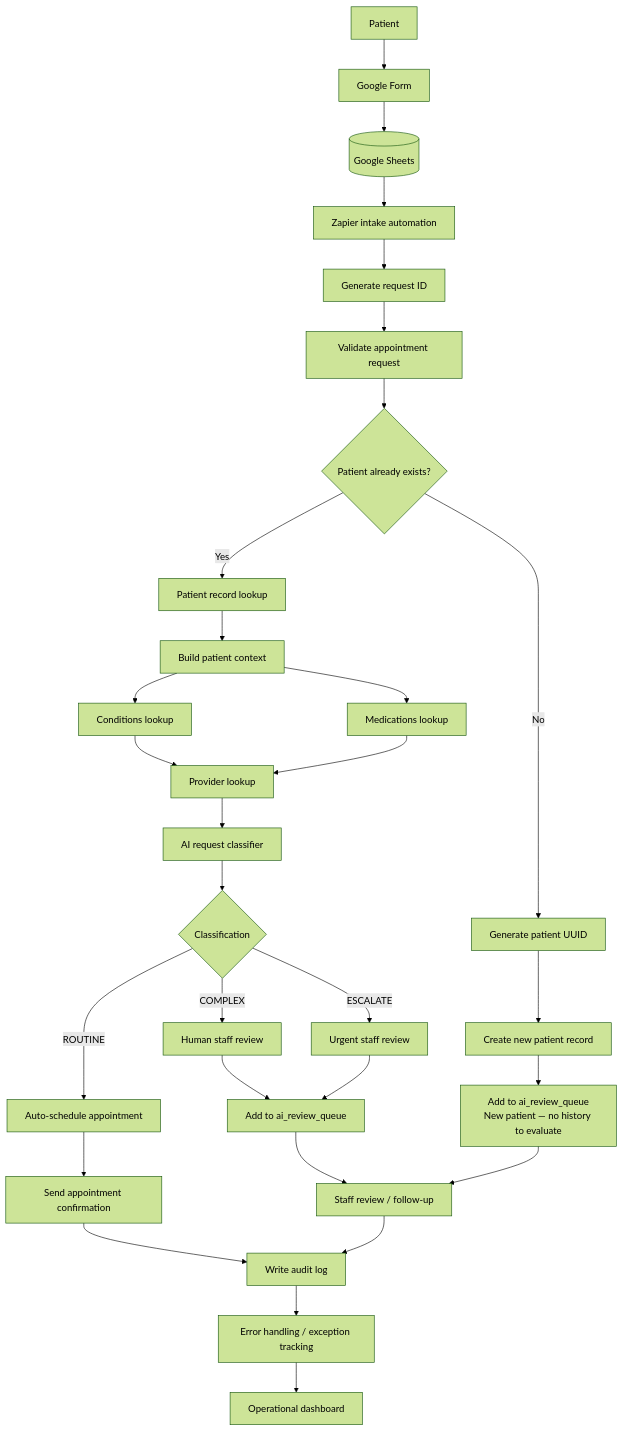
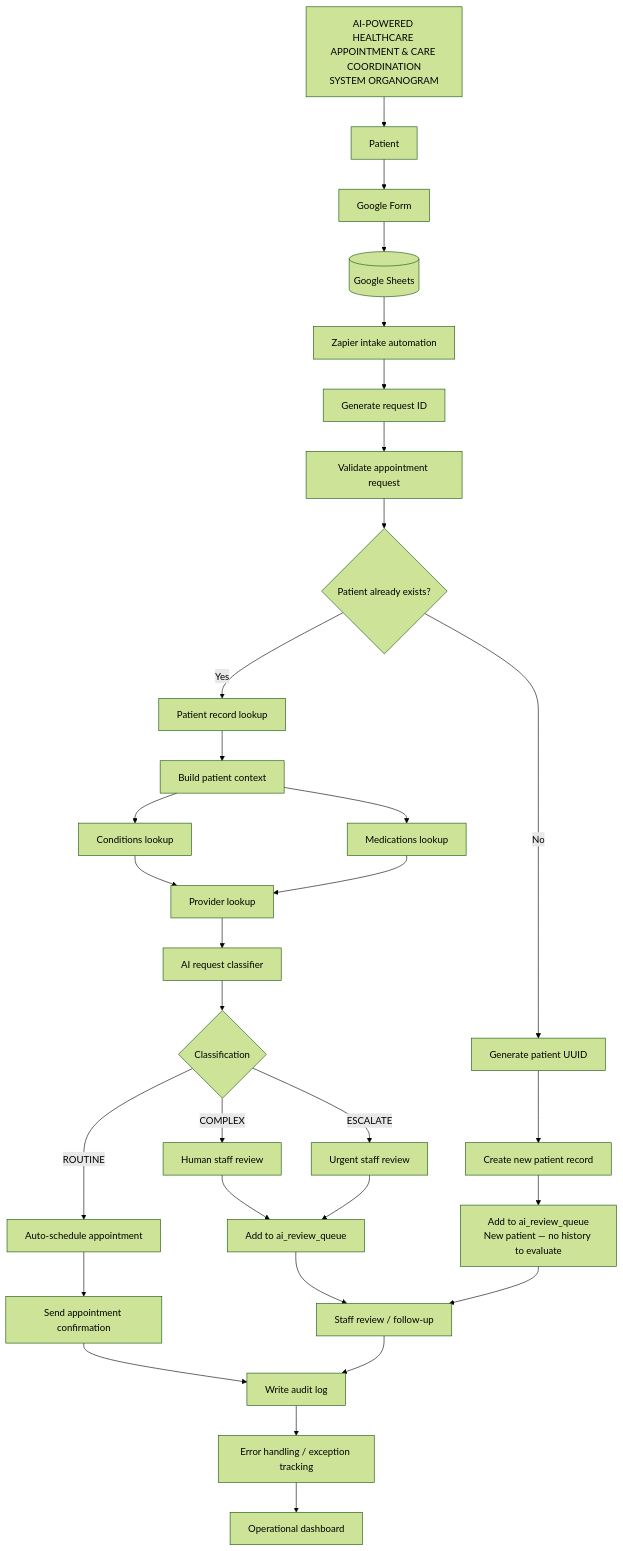
The diagram in diagrams/system-organogram.md (okoloonochiem-techwiz/Health-care-coordination-and-appointment-system-Ai-automation-), drawn with Mermaid (forest theme) before and after one commit. The commit also changed other lines of this file, not shown here.

Commit message:
Add system organogram title inside workflow diagram

````diff
--- a/diagrams/system-organogram.md
+++ b/diagrams/system-organogram.md
@@ -5,46 +5,49 @@
 ```mermaid
 flowchart TB
+    TITLE["AI-POWERED HEALTHCARE APPOINTMENT & CARE COORDINATION<br/>SYSTEM ORGANOGRAM"]
+
     PATIENT[Patient]
     FORM[Google Form]
     SHEETS[(Google Sheets)]
     ZAPIER[Zapier intake automation]
     RID[Generate request ID]
     VALIDATE[Validate appointment request]
 
+    TITLE --> PATIENT
     PATIENT --> FORM
     FORM --> SHEETS
     SHEETS --> ZAPIER
     ZAPIER --> RID
     RID --> VALIDATE
 
     VALIDATE --> CHECK{Patient already exists?}
 
     CHECK -->|Yes| LOOKUP[Patient record lookup]
     CHECK -->|No| UUID[Generate patient UUID]
 
     UUID --> NEWREC[Create new patient record]
-    NEWREC --> NEWQUEUE[Add to ai_review_queue\nNew patient — no history to evaluate]
+    NEWREC --> NEWQUEUE[Add to ai_review_queue<br/>New patient — no history to evaluate]
 
     LOOKUP --> CONTEXT[Build patient context]
     CONTEXT --> CONDITIONS[Conditions lookup]
     CONTEXT --> MEDS[Medications lookup]
     CONDITIONS --> PROVIDER[Provider lookup]
     MEDS --> PROVIDER
     PROVIDER --> CLASSIFY[AI request classifier]
 
     CLASSIFY --> DECISION{Classification}
     DECISION -->|ROUTINE| AUTO[Auto-schedule appointment]
     DECISION -->|COMPLEX| HUMAN[Human staff review]
     DECISION -->|ESCALATE| URGENT[Urgent staff review]
 
     AUTO --> CONFIRM[Send appointment confirmation]
     HUMAN --> REVIEWQ[Add to ai_review_queue]
     URGENT --> REVIEWQ
     NEWQUEUE --> STAFF[Staff review / follow-up]
     REVIEWQ --> STAFF
 
     CONFIRM --> AUDIT[Write audit log]
     STAFF --> AUDIT
     AUDIT --> ERROR[Error handling / exception tracking]
     ERROR --> DASH[Operational dashboard]
 ```
````
